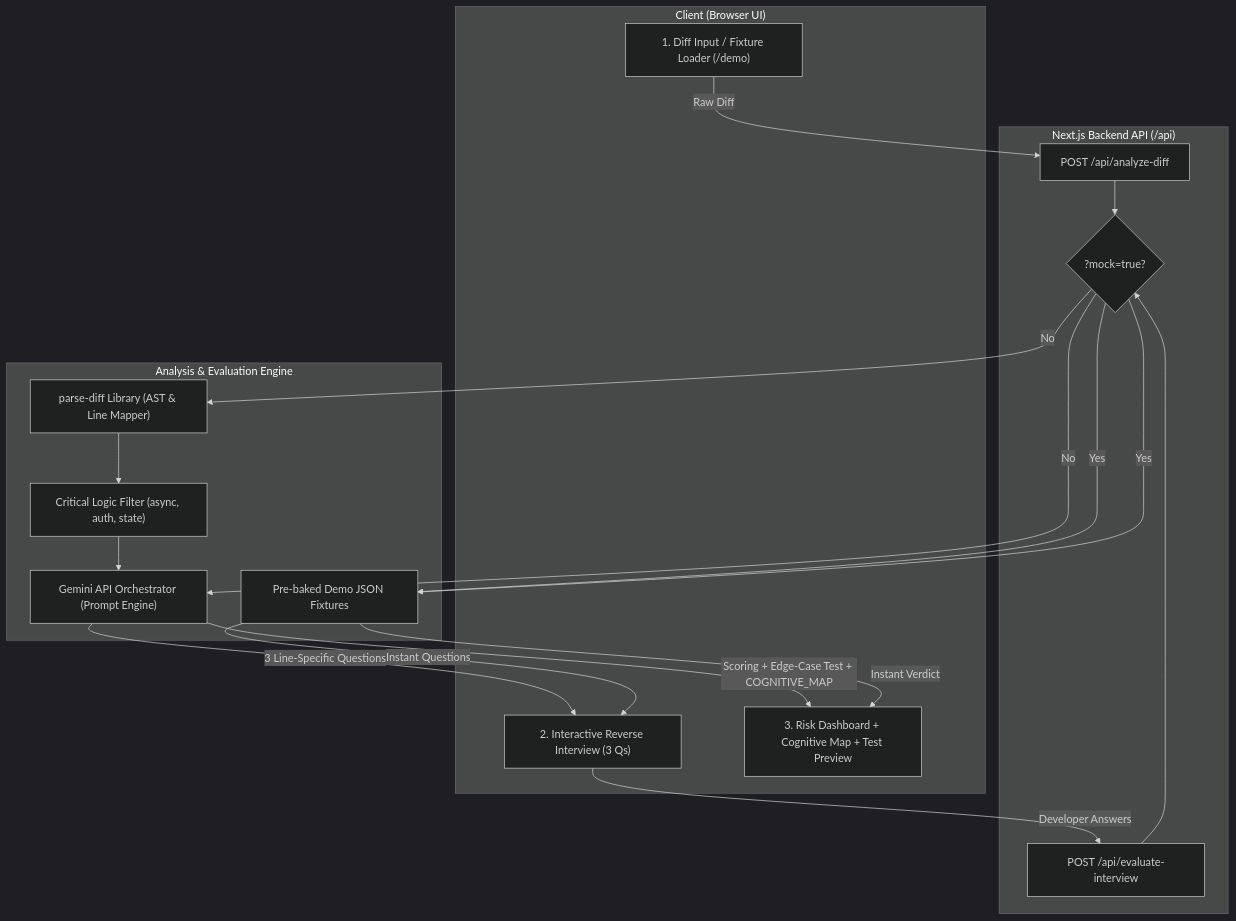
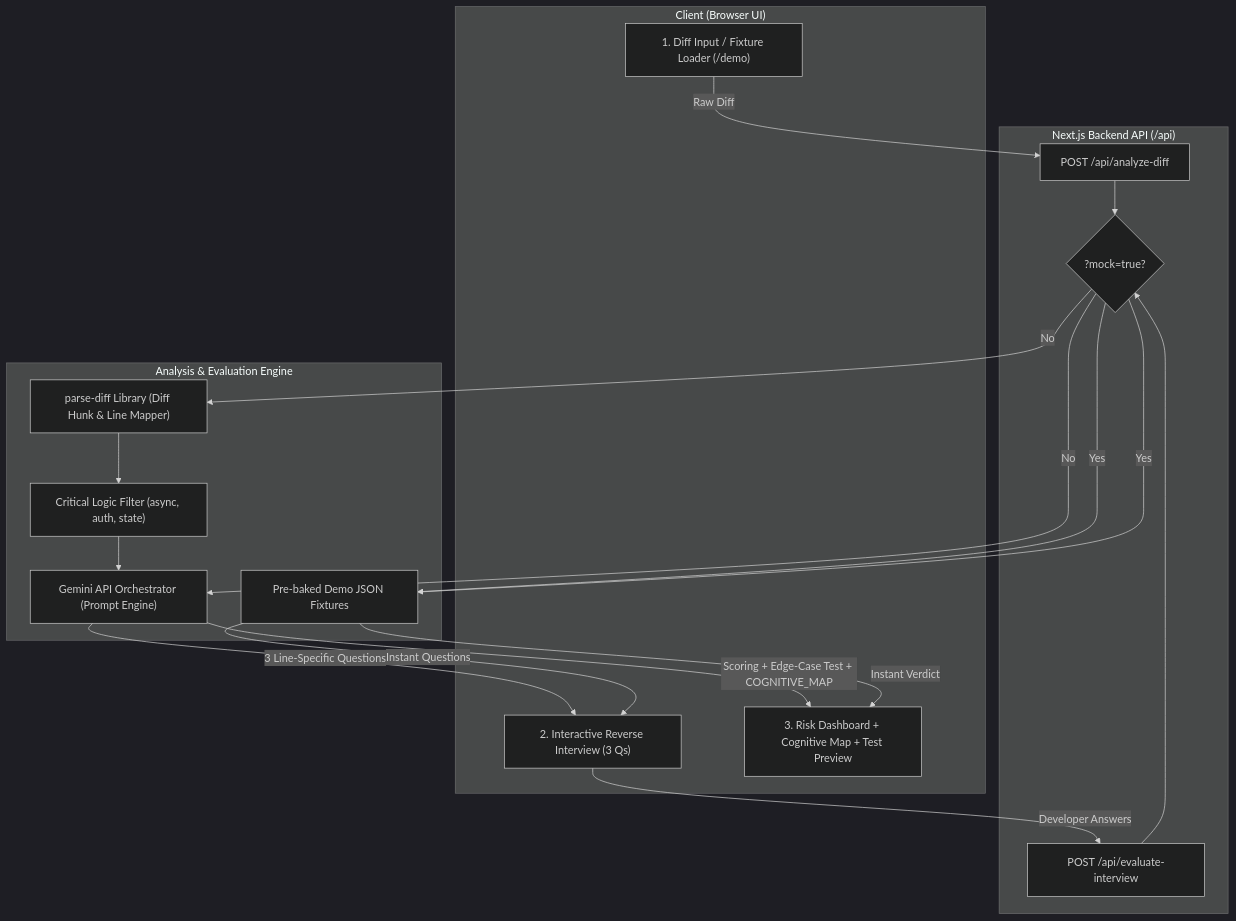
One commit to kbytehub0x/understandguard changed the diagram in spec.md. Above: the diagram before and after it, drawn with Mermaid (dark theme). The commit also changed 3 other files, not shown here.

````diff
--- a/spec.md
+++ b/spec.md
@@ -14,37 +14,37 @@
 ```mermaid
 flowchart TD
     subgraph Client ["Client (Browser UI)"]
         UI_DiffInput["1. Diff Input / Fixture Loader (/demo)"]
         UI_Interview["2. Interactive Reverse Interview (3 Qs)"]
         UI_Results["3. Risk Dashboard + Cognitive Map + Test Preview"]
     end
 
     subgraph Backend ["Next.js Backend API (/api)"]
         API_Analyze["POST /api/analyze-diff"]
         API_Eval["POST /api/evaluate-interview"]
         Mock_Router{"?mock=true?"}
     end
 
     subgraph CoreEngine ["Analysis & Evaluation Engine"]
-        DiffParser["parse-diff Library (AST & Line Mapper)"]
+        DiffParser["parse-diff Library (Diff Hunk & Line Mapper)"]
         HeuristicFilter["Critical Logic Filter (async, auth, state)"]
         LLMOrchestrator["Gemini API Orchestrator (Prompt Engine)"]
         DeterministicFixtures["Pre-baked Demo JSON Fixtures"]
     end
 
     UI_DiffInput -->|Raw Diff| API_Analyze
     API_Analyze --> Mock_Router
     Mock_Router -->|No| DiffParser
     Mock_Router -->|Yes| DeterministicFixtures
     DiffParser --> HeuristicFilter
     HeuristicFilter --> LLMOrchestrator
     LLMOrchestrator -->|3 Line-Specific Questions| UI_Interview
     DeterministicFixtures -->|Instant Questions| UI_Interview
 
     UI_Interview -->|Developer Answers| API_Eval
     API_Eval --> Mock_Router
     Mock_Router -->|No| LLMOrchestrator
     Mock_Router -->|Yes| DeterministicFixtures
     LLMOrchestrator -->|Scoring + Edge-Case Test + COGNITIVE_MAP| UI_Results
     DeterministicFixtures -->|Instant Verdict| UI_Results
 ```
````
